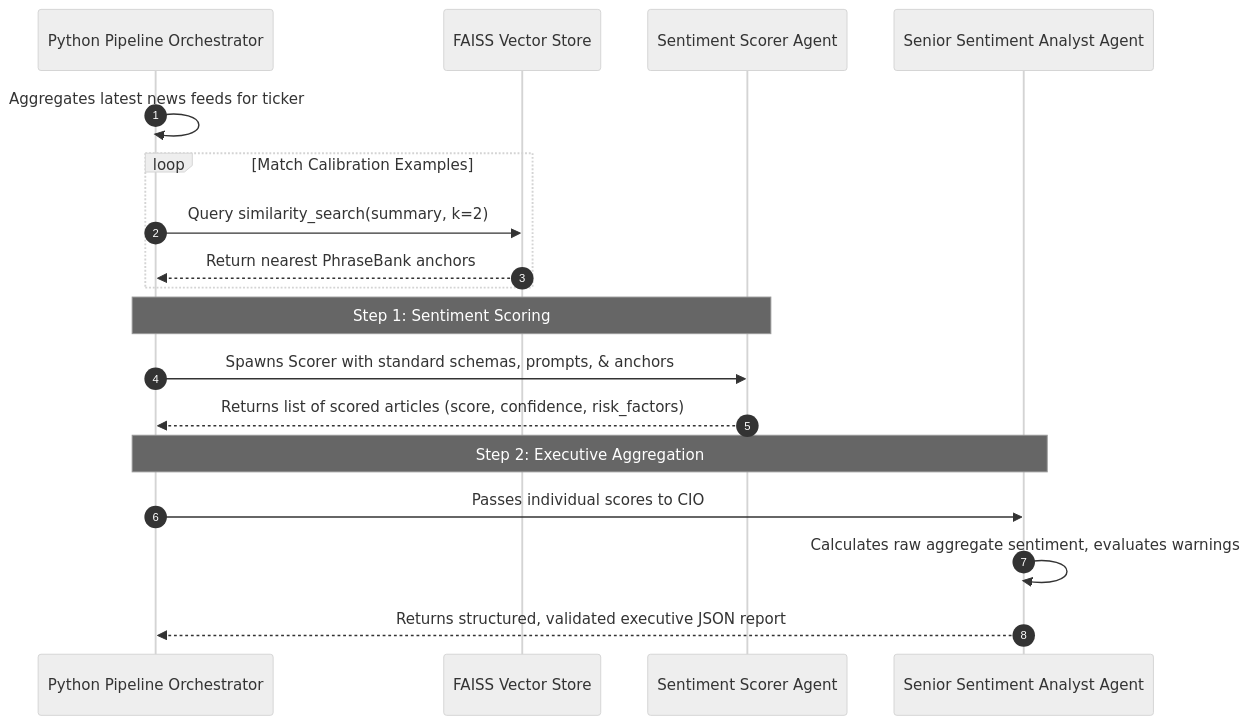
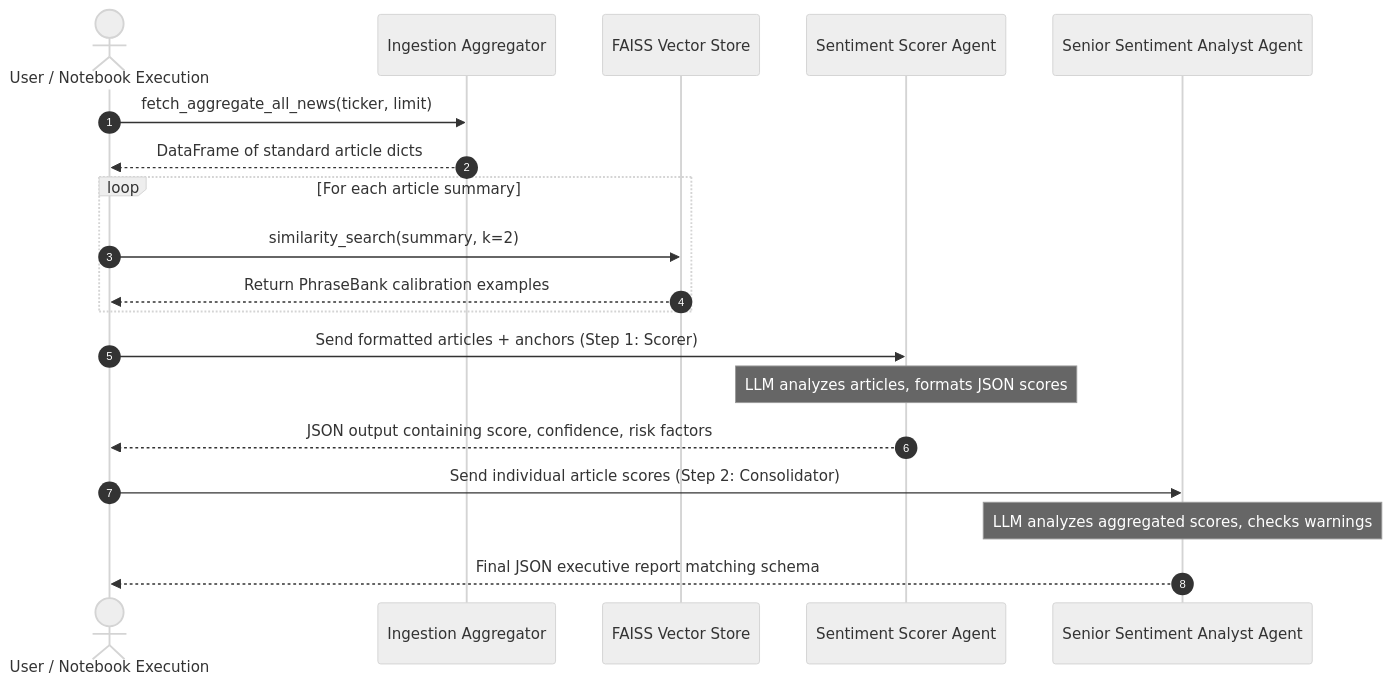
One commit to partnastudio-bernadel/FinRobot-Sentiment changed the second of 2 diagrams in sentiment/README.md. Above: the diagram before and after it, drawn with Mermaid (neutral theme). The commit also changed other lines of this file, not shown here.

Commit message:
docs: correct sentiment/README.md to strictly document the currently built state of the project

````diff
--- a/sentiment/README.md
+++ b/sentiment/README.md
@@ -57,21 +57,25 @@
 ```mermaid
 sequenceDiagram
     autonumber
-    participant Orch as Python Pipeline Orchestrator
+    actor Dev as User / Notebook Execution
+    participant Agg as Ingestion Aggregator
     participant FAISS as FAISS Vector Store
     participant Scorer as Sentiment Scorer Agent
     participant CIO as Senior Sentiment Analyst Agent
-    
-    Orch->>Orch: Aggregates latest news feeds for ticker
-    loop Match Calibration Examples
-        Orch->>FAISS: Query similarity_search(summary, k=2)
-        FAISS-->>Orch: Return nearest PhraseBank anchors
+
+    Dev->>Agg: fetch_aggregate_all_news(ticker, limit)
+    Agg-->>Dev: DataFrame of standard article dicts
+
+    loop For each article summary
+        Dev->>FAISS: similarity_search(summary, k=2)
+        FAISS-->>Dev: Return PhraseBank calibration examples
     end
-    Note over Orch, Scorer: Step 1: Sentiment Scoring
-    Orch->>Scorer: Spawns Scorer with standard schemas, prompts, & anchors
-    Scorer-->>Orch: Returns list of scored articles (score, confidence, risk_factors)
-    Note over Orch, CIO: Step 2: Executive Aggregation
-    Orch->>CIO: Passes individual scores to CIO
-    CIO->>CIO: Calculates raw aggregate sentiment, evaluates warnings
-    CIO-->>Orch: Returns structured, validated executive JSON report
+
+    Dev->>Scorer: Send formatted articles + anchors (Step 1: Scorer)
+    Note over Scorer: LLM analyzes articles, formats JSON scores
+    Scorer-->>Dev: JSON output containing score, confidence, risk factors
+
+    Dev->>CIO: Send individual article scores (Step 2: Consolidator)
+    Note over CIO: LLM analyzes aggregated scores, checks warnings
+    CIO-->>Dev: Final JSON executive report matching schema
 ```
````
